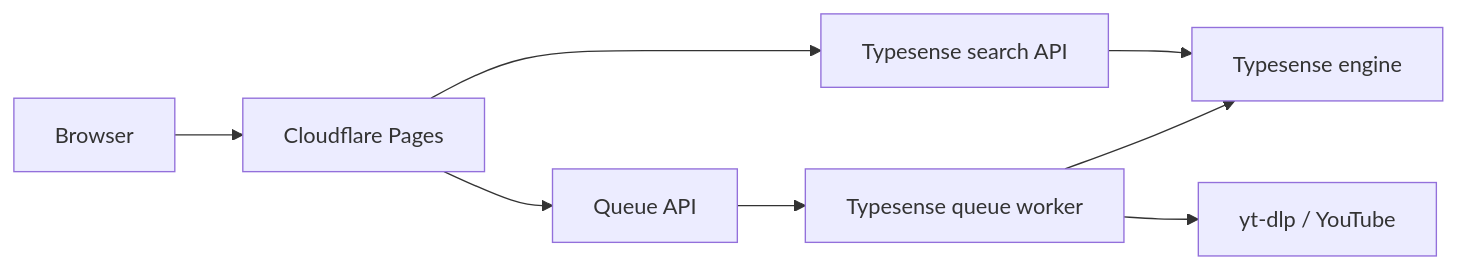
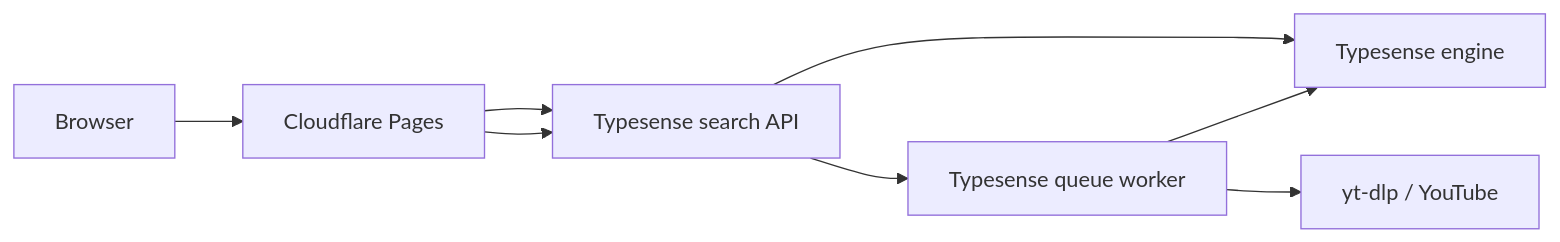
One commit to Priyansh4444/ytsearch changed the diagram in docs/staging-architecture.md. Above: the diagram before and after it, drawn with Mermaid. The commit also changed other lines of this file and 3 other files, not shown here.

Commit message:
merge queue service into typesense api

````diff
--- a/docs/staging-architecture.md
+++ b/docs/staging-architecture.md
@@ -15,10 +14,10 @@
 ```mermaid
 flowchart LR
   Browser --> Pages[Cloudflare Pages]
   Pages --> API[Typesense search API]
   API --> Engine[Typesense engine]
-  Pages --> Queue[Queue API]
-  Queue --> Worker[Typesense queue worker]
+  Pages --> API
+  API --> Worker[Typesense queue worker]
   Worker --> YouTube[yt-dlp / YouTube]
   Worker --> Engine
 ```
````
